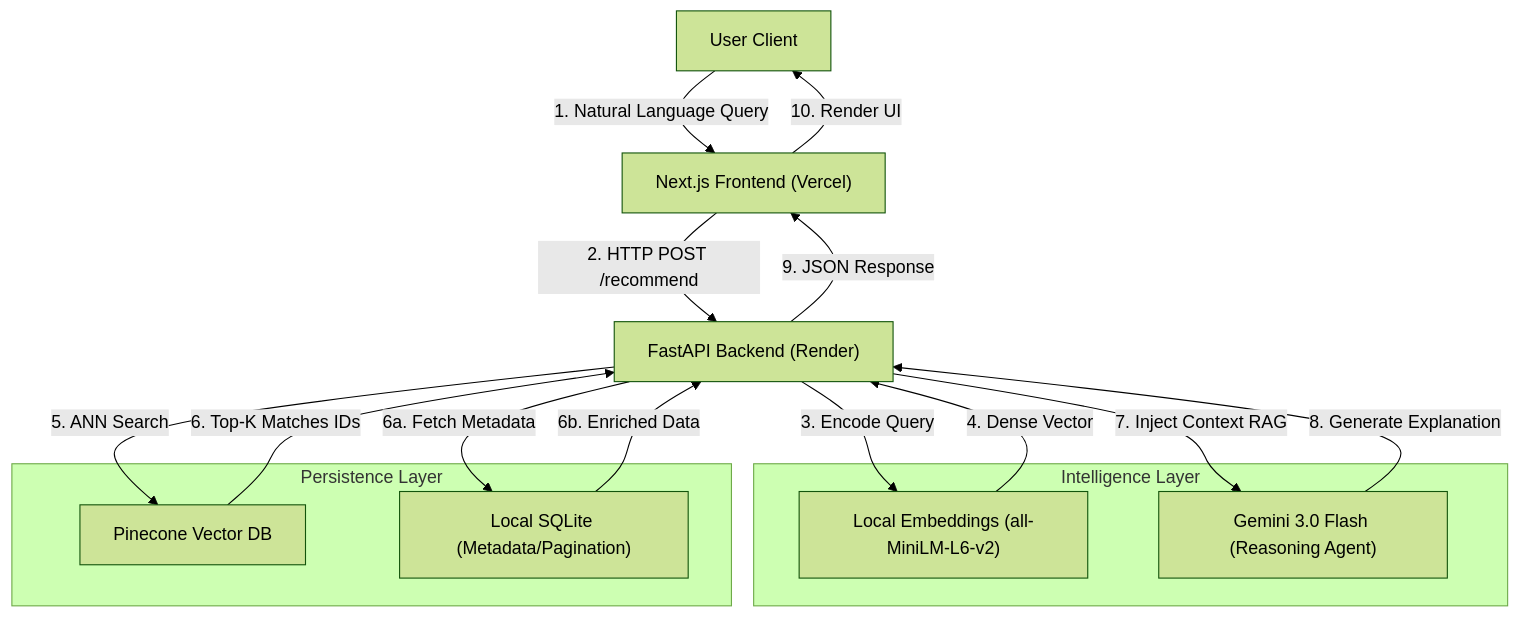
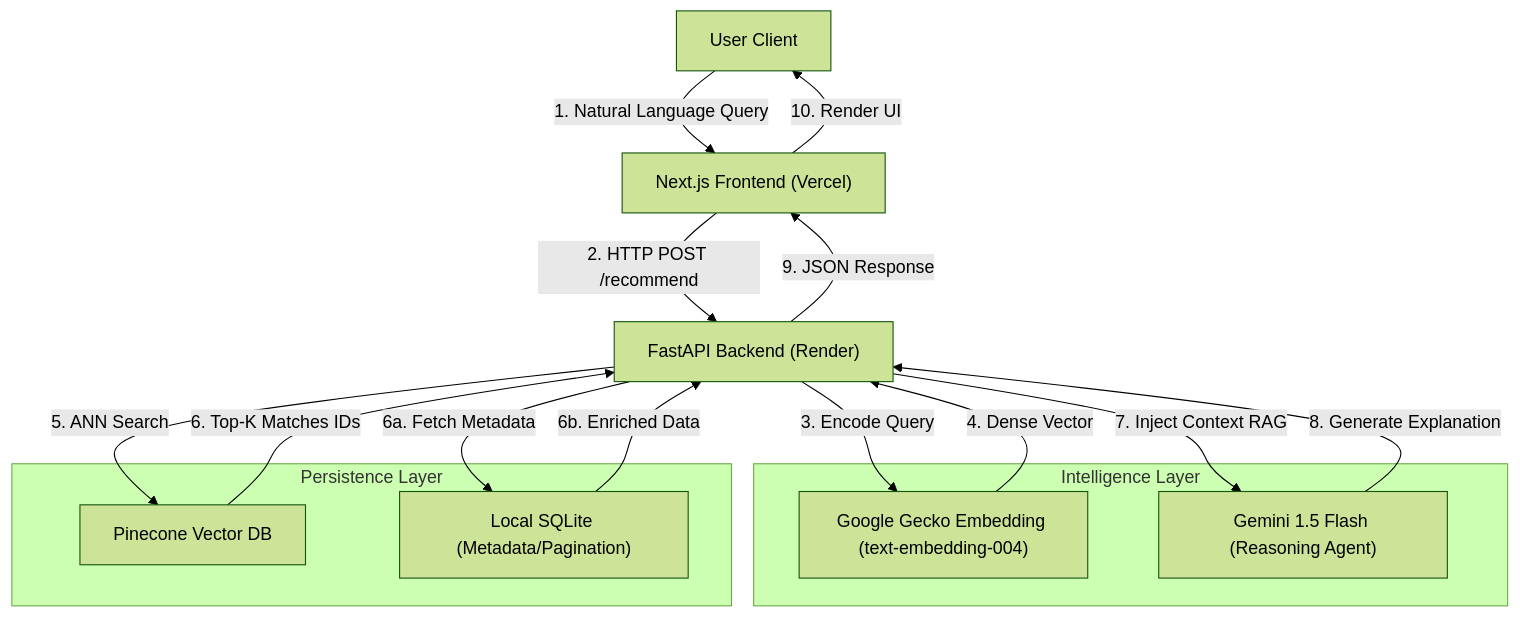
The diagram in README.md (Agrannya-Singh/Semantic-Recommendation-Service), drawn with Mermaid (forest theme) before and after one commit. The commit also changed other lines of this file and 2 other files, not shown here.

````diff
--- a/README.md
+++ b/README.md
@@ -23,35 +23,35 @@
 ```mermaid
 graph TD
     %% Nodes
     User["User Client"]
     FE["Next.js Frontend (Vercel)"]
     API["FastAPI Backend (Render)"]
    
     subgraph Intelligence Layer
-        Embed["Local Embeddings (all-MiniLM-L6-v2)"]
-        LLM["Gemini 3.0 Flash (Reasoning Agent)"]
+        Embed["Google Gecko Embedding (text-embedding-004)"]
+        LLM["Gemini 1.5 Flash (Reasoning Agent)"]
     end
    
     subgraph Persistence Layer
         VectorDB["Pinecone Vector DB"]
         SQLite["Local SQLite (Metadata/Pagination)"]
     end
     %% Edge Connections
     User -->|1. Natural Language Query| FE
     FE -->|2. HTTP POST /recommend| API
    
     API -->|3. Encode Query| Embed
     Embed -->|4. Dense Vector | API
    
     API -->|5. ANN Search| VectorDB
     VectorDB -->|6. Top-K Matches IDs| API
    
     API -->|6a. Fetch Metadata| SQLite
     SQLite -->|6b. Enriched Data| API
    
     API -->|7. Inject Context RAG| LLM
     LLM -->|8. Generate Explanation| API
    
     API -->|9. JSON Response| FE
     FE -->|10. Render UI| User
 ```
````
